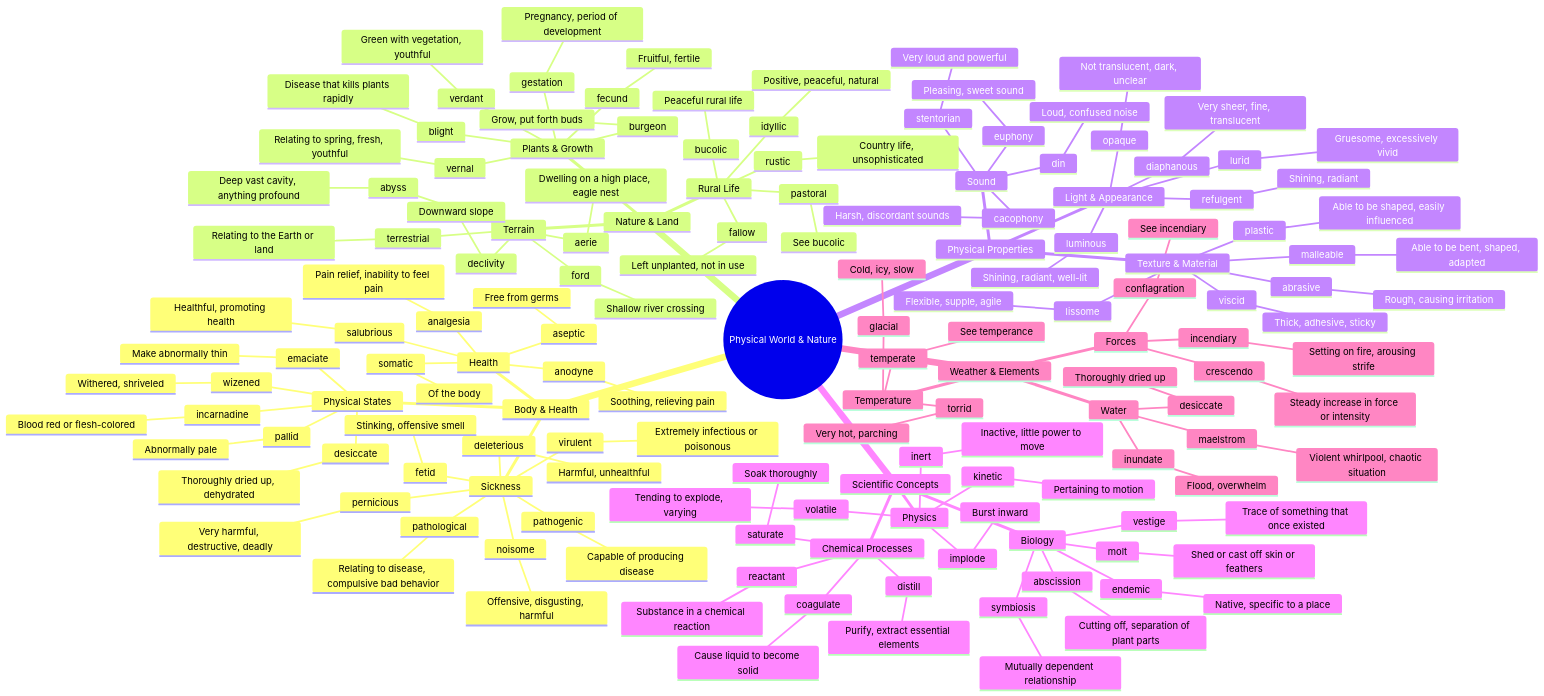
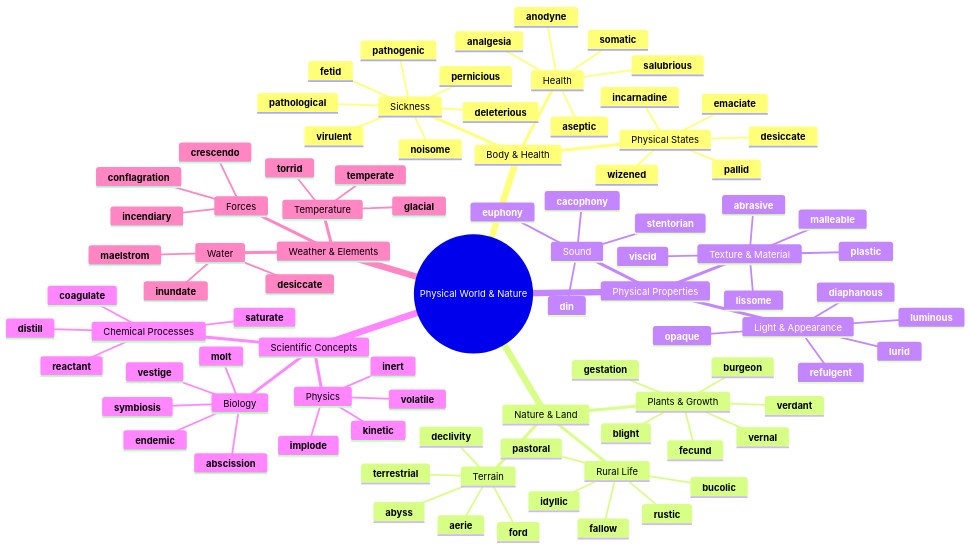
The first of 7 diagrams in mindmaps/16-physical-world-and-nature.md (95anantsingh/gre-preparation), drawn with Mermaid before and after one commit. The commit also changed other lines of this file and 20 other files, not shown here.

````diff
--- a/mindmaps/16-physical-world-and-nature.md
+++ b/mindmaps/16-physical-world-and-nature.md
@@ -9,160 +7,91 @@
   root((Physical World & Nature))
     Body & Health
       Sickness
-        pathogenic
-          Capable of producing disease
-        pathological
-          Relating to disease, compulsive bad behavior
-        virulent
-          Extremely infectious or poisonous
-        pernicious
-          Very harmful, destructive, deadly
-        deleterious
-          Harmful, unhealthful
-        noisome
-          Offensive, disgusting, harmful
-        fetid
-          Stinking, offensive smell
+        **pathogenic**
+        **pathological**
+        **virulent**
+        **pernicious**
+        **deleterious**
+        **noisome**
+        **fetid**
       Health
-        salubrious
-          Healthful, promoting health
-        analgesia
-          Pain relief, inability to feel pain
-        anodyne
-          Soothing, relieving pain
-        somatic
-          Of the body
-        aseptic
-          Free from germs
+        **salubrious**
+        **analgesia**
+        **anodyne**
+        **somatic**
+        **aseptic**
       Physical States
-        emaciate
-          Make abnormally thin
-        desiccate
-          Thoroughly dried up, dehydrated
-        wizened
-          Withered, shriveled
-        pallid
-          Abnormally pale
-        incarnadine
-          Blood red or flesh-colored
+        **emaciate**
+        **desiccate**
+        **wizened**
+        **pallid**
+        **incarnadine**
     Nature & Land
       Rural Life
-        bucolic
-          Peaceful rural life
-        rustic
-          Country life, unsophisticated
-        idyllic
-          Positive, peaceful, natural
-        pastoral
-          See bucolic
-        fallow
-          Left unplanted, not in use
+        **bucolic**
+        **rustic**
+        **idyllic**
+        **pastoral**
+        **fallow**
       Plants & Growth
-        burgeon
-          Grow, put forth buds
-        blight
-          Disease that kills plants rapidly
-        fecund
-          Fruitful, fertile
-        verdant
-          Green with vegetation, youthful
-        vernal
-          Relating to spring, fresh, youthful
-        gestation
-          Pregnancy, period of development
+        **burgeon**
+        **blight**
+        **fecund**
+        **verdant**
+        **vernal**
+        **gestation**
       Terrain
-        abyss
-          Deep vast cavity, anything profound
-        declivity
-          Downward slope
-        ford
-          Shallow river crossing
-        aerie
-          Dwelling on a high place, eagle nest
-        terrestrial
-          Relating to the Earth or land
+        **abyss**
+        **declivity**
+        **ford**
+        **aerie**
+        **terrestrial**
     Physical Properties
       Light & Appearance
-        diaphanous
-          Very sheer, fine, translucent
-        luminous
-          Shining, radiant, well-lit
-        refulgent
-          Shining, radiant
-        opaque
-          Not translucent, dark, unclear
-        lurid
-          Gruesome, excessively vivid
+        **diaphanous**
+        **luminous**
+        **refulgent**
+        **opaque**
+        **lurid**
       Sound
-        cacophony
-          Harsh, discordant sounds
-        euphony
-          Pleasing, sweet sound
-        stentorian
-          Very loud and powerful
-        din
-          Loud, confused noise
+        **cacophony**
+        **euphony**
+        **stentorian**
+        **din**
       Texture & Material
-        abrasive
-          Rough, causing irritation
-        viscid
-          Thick, adhesive, sticky
-        malleable
-          Able to be bent, shaped, adapted
-        plastic
-          Able to be shaped, easily influenced
-        lissome
-          Flexible, supple, agile
+        **abrasive**
+        **viscid**
+        **malleable**
+        **plastic**
+        **lissome**
     Scientific Concepts
       Chemical Processes
-        coagulate
-          Cause liquid to become solid
-        saturate
-          Soak thoroughly
-        reactant
-          Substance in a chemical reaction
-        distill
-          Purify, extract essential elements
+        **coagulate**
+        **saturate**
+        **reactant**
+        **distill**
       Physics
-        kinetic
-          Pertaining to motion
-        inert
-          Inactive, little power to move
-        volatile
-          Tending to explode, varying
-        implode
-          Burst inward
+        **kinetic**
+        **inert**
+        **volatile**
+        **implode**
       Biology
-        symbiosis
-          Mutually dependent relationship
-        endemic
-          Native, specific to a place
-        molt
-          Shed or cast off skin or feathers
-        vestige
-          Trace of something that once existed
-        abscission
-          Cutting off, separation of plant parts
+        **symbiosis**
+        **endemic**
+        **molt**
+        **vestige**
+        **abscission**
     Weather & Elements
       Temperature
-        glacial
-          Cold, icy, slow
-        torrid
-          Very hot, parching
-        temperate
-          See temperance
+        **glacial**
+        **torrid**
+        **temperate**
       Water
-        inundate
-          Flood, overwhelm
-        maelstrom
-          Violent whirlpool, chaotic situation
-        desiccate
-          Thoroughly dried up
+        **inundate**
+        **maelstrom**
+        **desiccate**
       Forces
-        crescendo
-          Steady increase in force or intensity
-        conflagration
-          See incendiary
-        incendiary
-          Setting on fire, arousing strife
+        **crescendo**
+        **conflagration**
+        **incendiary**
 ```
````
